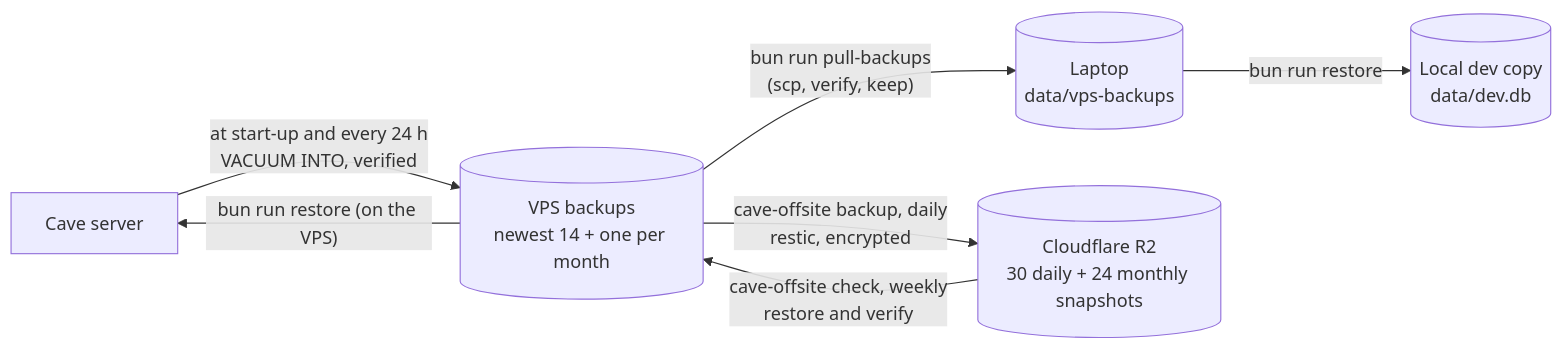
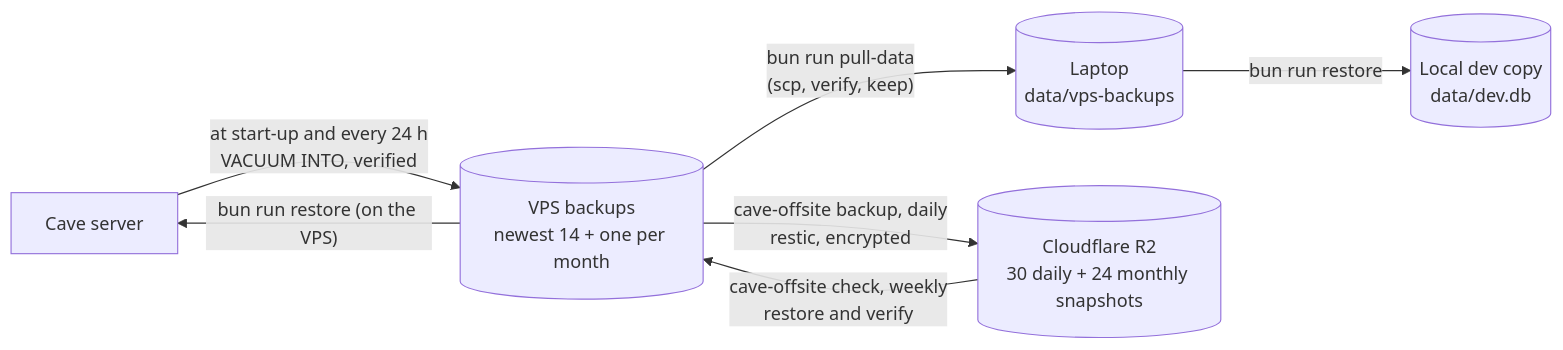
One commit to alexjamesmx/cave changed the fifth of 5 diagrams in docs/system.md. Above: the diagram before and after it, drawn with Mermaid. The commit also changed other lines of this file and 34 other files, not shown here.

Commit message:
Remove the Obsidian import (done: nothing left to add), render-icons and the standalone pull-backups

````diff
--- a/docs/system.md
+++ b/docs/system.md
@@ -125,9 +125,9 @@
 ```mermaid
 flowchart LR
   S["Cave server"] -- "at start-up and every 24 h<br/>VACUUM INTO, verified" --> VB[("VPS backups<br/>newest 14 + one per month")]
-  VB -- "bun run pull-backups<br/>(scp, verify, keep)" --> LB[("Laptop<br/>data/vps-backups")]
+  VB -- "bun run pull-data<br/>(scp, verify, keep)" --> LB[("Laptop<br/>data/vps-backups")]
   LB -- "bun run restore" --> DEV[("Local dev copy<br/>data/dev.db")]
   VB -- "bun run restore (on the VPS)" --> S
   VB -- "cave-offsite backup, daily<br/>restic, encrypted" --> R2[("Cloudflare R2<br/>30 daily + 24 monthly snapshots")]
   R2 -- "cave-offsite check, weekly<br/>restore and verify" --> VB
 ```
````
